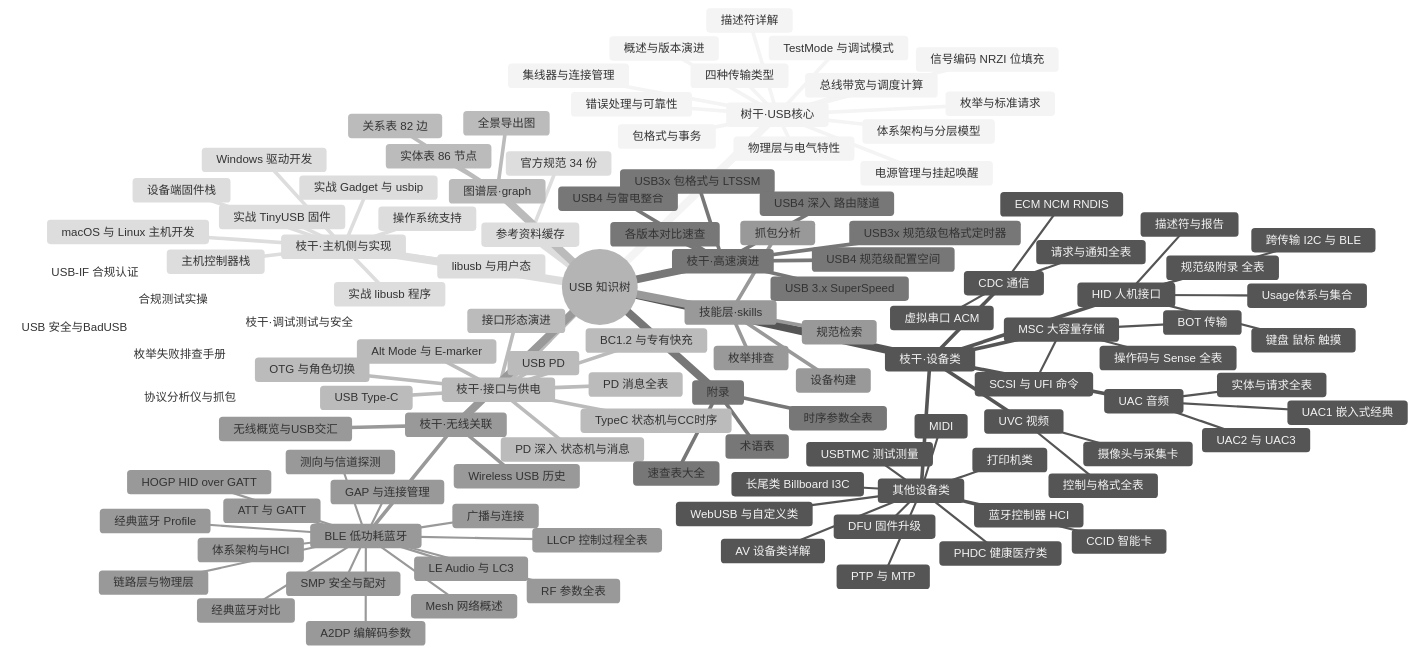
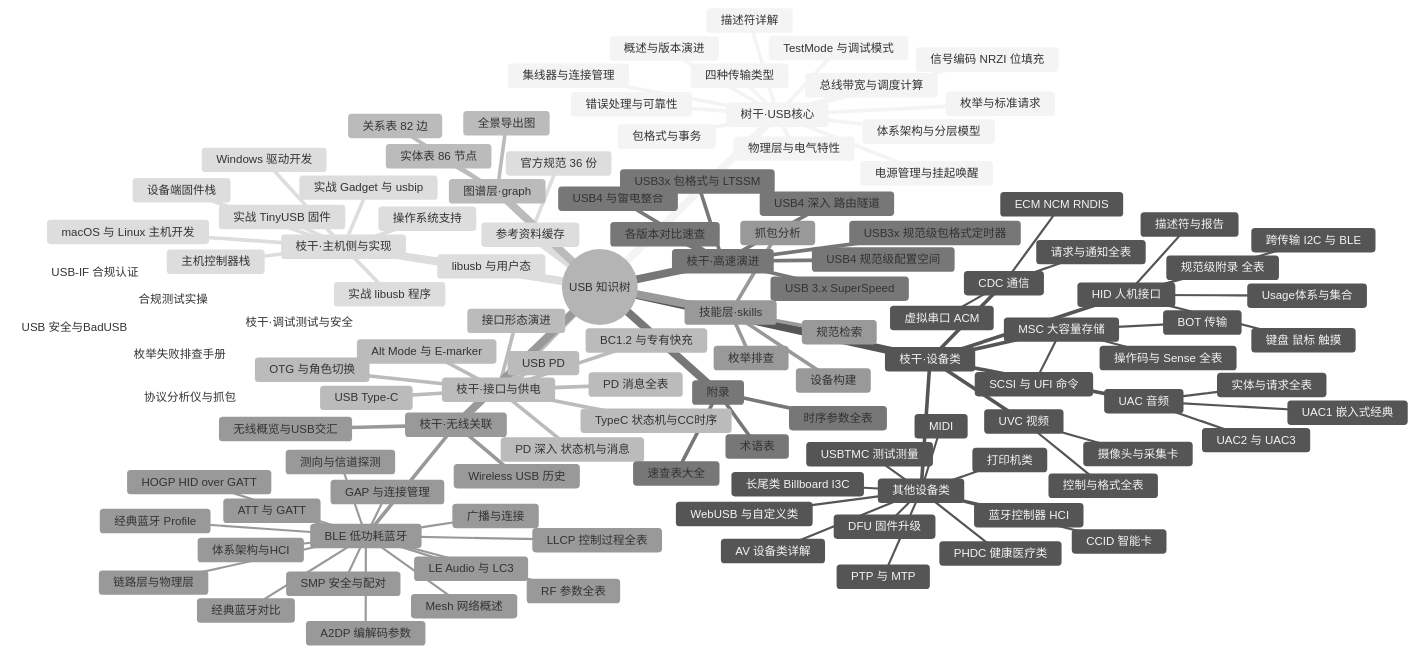
One commit to tangjianfang/USBTree changed the first of 2 diagrams in 00-知识树总图.md. Above: the diagram before and after it, drawn with Mermaid (neutral theme). The commit also changed 2 other files, not shown here.

Commit message:
evolve #25: checkpoint——全库计数同步（md=116，规范 36 份）

```diff
--- a/00-知识树总图.md
+++ b/00-知识树总图.md
@@ -123,7 +123,7 @@
       USB 安全与BadUSB
       合规测试实操
     参考资料缓存
-      官方规范 34 份
+      官方规范 36 份
     图谱层·graph
       实体表 86 节点
       关系表 82 边
```
